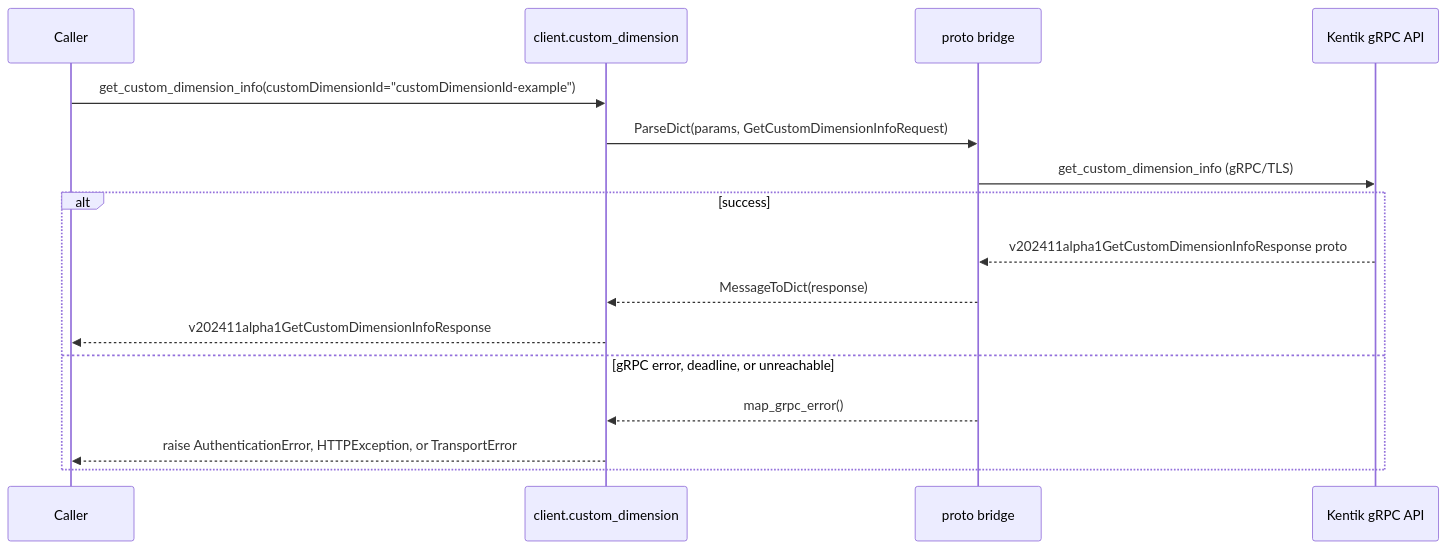
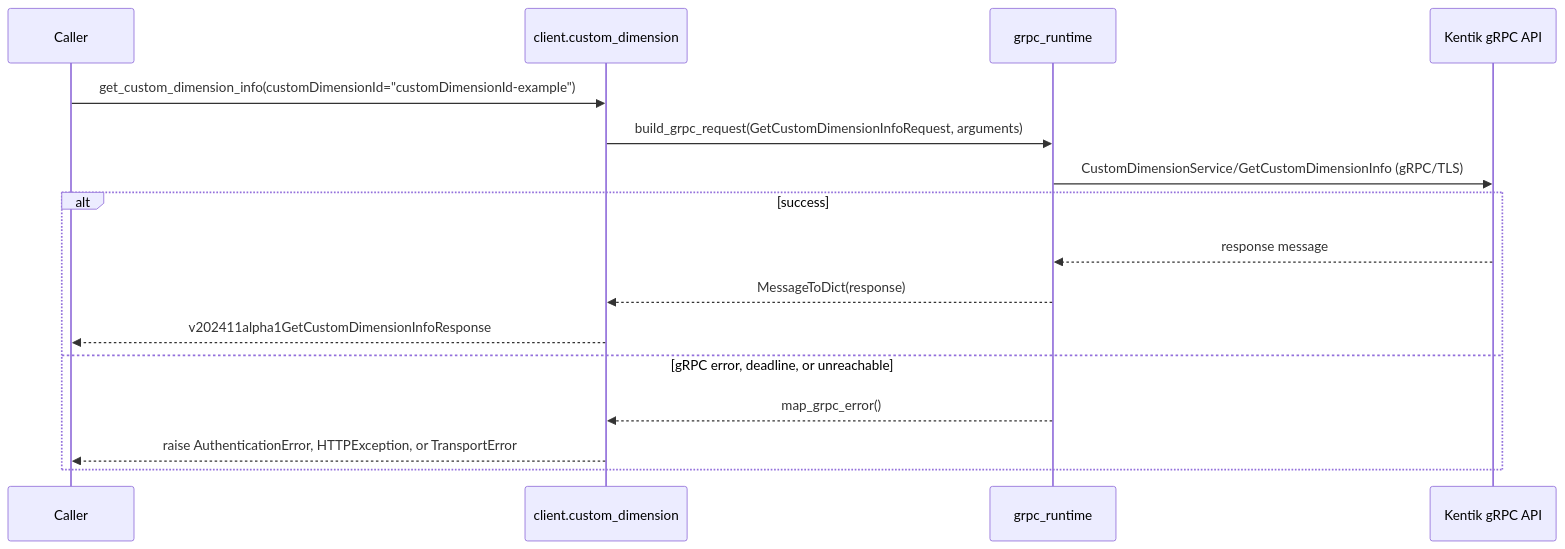
The fifth of 22 diagrams in docs/sphinx/services/custom_dimension.md (alexdearaujo/community_sdk_python), drawn with Mermaid before and after one commit. The commit also changed other lines of this file and 37 other files, not shown here.

First line of the commit message:
docs: show the real RPC in each service page's gRPC diagram

````diff
--- a/docs/sphinx/services/custom_dimension.md
+++ b/docs/sphinx/services/custom_dimension.md
@@ -127,19 +127,19 @@
 ```mermaid
 sequenceDiagram
     participant C as Caller
     participant W as client.custom_dimension
-    participant B as proto bridge
+    participant R as grpc_runtime
     participant API as Kentik gRPC API
 
     C->>W: get_custom_dimension_info(customDimensionId="customDimensionId-example")
-    W->>B: ParseDict(params, GetCustomDimensionInfoRequest)
-    B->>API: get_custom_dimension_info (gRPC/TLS)
+    W->>R: build_grpc_request(GetCustomDimensionInfoRequest, arguments)
+    R->>API: CustomDimensionService/GetCustomDimensionInfo (gRPC/TLS)
     alt success
-        API-->>B: v202411alpha1GetCustomDimensionInfoResponse proto
-        B-->>W: MessageToDict(response)
+        API-->>R: response message
+        R-->>W: MessageToDict(response)
         W-->>C: v202411alpha1GetCustomDimensionInfoResponse
     else gRPC error, deadline, or unreachable
-        B-->>W: map_grpc_error()
+        R-->>W: map_grpc_error()
         W-->>C: raise AuthenticationError, HTTPException, or TransportError
     end
 ```
````
